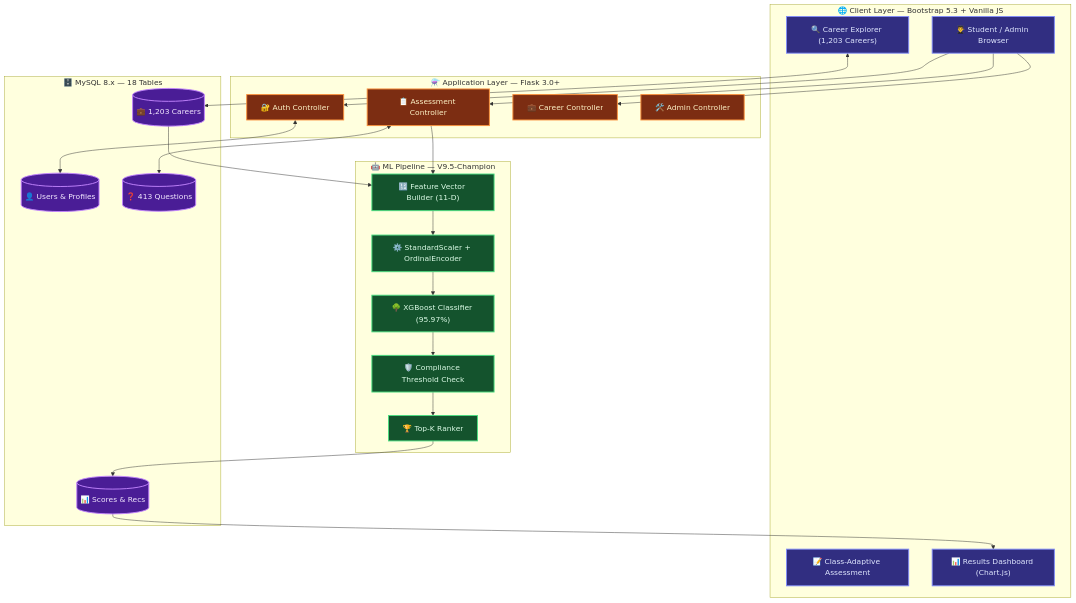
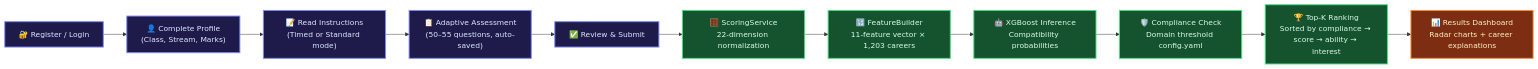
One commit to AMB-007/Personalized-Career-Recommendation-System-Using-Machine-Learning changed the diagram in README.md. Above: the diagram before and after it, drawn with Mermaid. The commit also changed other lines of this file and 1 other file, not shown here.

````diff
--- a/README.md
+++ b/README.md
@@ -129,45 +68,20 @@
 ```mermaid
-flowchart TB
-    classDef client  fill:#312E81,stroke:#818CF8,stroke-width:2px,color:#E0E7FF
-    classDef flask   fill:#7C2D12,stroke:#FB923C,stroke-width:2px,color:#FEF3C7
-    classDef ml      fill:#14532D,stroke:#4ADE80,stroke-width:2px,color:#DCFCE7
-    classDef db      fill:#4A1D96,stroke:#C084FC,stroke-width:2px,color:#F3E8FF
+flowchart LR
+    classDef step fill:#1E1B4B,stroke:#818CF8,stroke-width:2px,color:#E0E7FF
+    classDef ml fill:#14532D,stroke:#4ADE80,stroke-width:2px,color:#DCFCE7
+    classDef out fill:#7C2D12,stroke:#FB923C,stroke-width:2px,color:#FEF3C7
 
-    subgraph Client [" 🌐 Client Layer — Bootstrap 5.3 + Vanilla JS "]
-        A["👨‍🎓 Student / Admin Browser"]:::client
-        A1["📝 Class-Adaptive Assessment"]:::client
-        A2["📊 Results Dashboard (Chart.js)"]:::client
-        A3["🔍 Career Explorer (1,203 Careers)"]:::client
-    end
+    A["🔐 Register / Login"]:::step
+    B["👤 Complete Profile\n(Class, Stream, Marks)"]:::step
+    C["📝 Read Instructions\n(Timed or Standard mode)"]:::step
+    D["📋 Adaptive Assessment\n(50–55 questions, auto-saved)"]:::step
+    E["✅ Review & Submit"]:::step
+    F["🧮 ScoringService\n22-dimension normalization"]:::ml
+    G["🔢 FeatureBuilder\n11-feature vector × 1,203 careers"]:::ml
+    H["🤖 XGBoost Inference\nCompatibility probabilities"]:::ml
+    I["🛡️ Compliance Check\nDomain threshold config.yaml"]:::ml
+    J["🏆 Top-K Ranking\nSorted by compliance → score → ability → interest"]:::ml
+    K["📊 Results Dashboard\nRadar charts + career explanations"]:::out
 
-    subgraph App [" ⚗️ Application Layer — Flask 3.0+ "]
-        B1["🔐 Auth Controller"]:::flask
-        B2["📋 Assessment Controller"]:::flask
-        B3["💼 Career Controller"]:::flask
-        B4["🛠️ Admin Controller"]:::flask
-    end
-
-    subgraph ML [" 🤖 ML Pipeline — V9.5-Champion "]
-        C1["🔢 Feature Vector Builder (11-D)"]:::ml
-        C2["⚙️ StandardScaler + OrdinalEncoder"]:::ml
-        C3["🌳 XGBoost Classifier (95.97%)"]:::ml
-        C4["🛡️ Compliance Threshold Check"]:::ml
-        C5["🏆 Top-K Ranker"]:::ml
-    end
-
-    subgraph DB [" 🗄️ MySQL 8.x — 18 Tables "]
-        D1[("👤 Users & Profiles")]:::db
-        D2[("❓ 413 Questions")]:::db
-        D3[("💼 1,203 Careers")]:::db
-        D4[("📊 Scores & Recs")]:::db
-    end
-
-    A --> B1 & B2 & B3
-    B1 <--> D1
-    B2 <--> D2
-    B2 --> C1
-    D3 --> C1
-    C1 --> C2 --> C3 --> C4 --> C5
-    C5 --> D4 --> A2
-    A3 <--> D3
+    A --> B --> C --> D --> E --> F --> G --> H --> I --> J --> K
 ```
````
